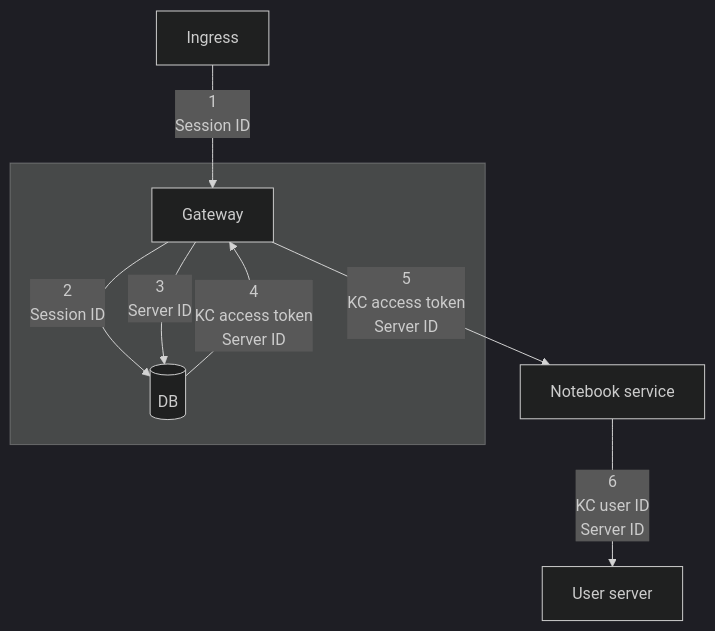
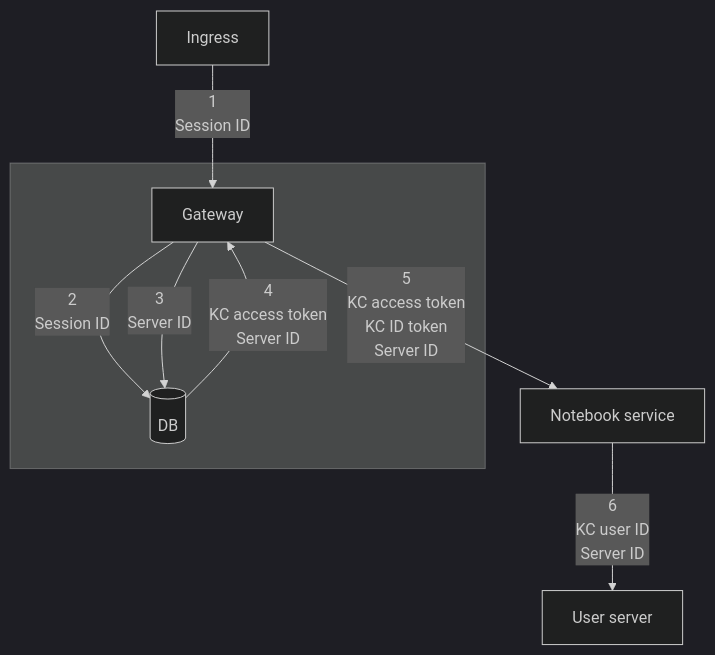
The first of 4 diagrams in rfcs/010-gateway-refactor/010-gateway-refactor.md (SwissDataScienceCenter/renku-design-docs), drawn with Mermaid (dark theme) before and after one commit.

Commit message:
squashme: address comments

````diff
--- a/rfcs/010-gateway-refactor/010-gateway-refactor.md
+++ b/rfcs/010-gateway-refactor/010-gateway-refactor.md
@@ -77,15 +77,15 @@
 ```mermaid
 graph TD
     Ingress -- 1<br>Session ID --> Gateway
     
     subgraph GatewayGroup[ ]
     Gateway
     DB[(DB)]
     Gateway -- 2<br>Session ID --> DB
     Gateway -- 3<br>Server ID --> DB
     DB -- 4<br>KC access token<br>Server ID --> Gateway
     end    
     
-    Gateway -- 5<br>KC access token<br>Server ID--> Notebook[Notebook service]
+    Gateway -- 5<br>KC access token<br>KC ID token<br>Server ID--> Notebook[Notebook service]
     Notebook -- 6<br>KC user ID<br>Server ID--> Server[User server]
 ```
````
